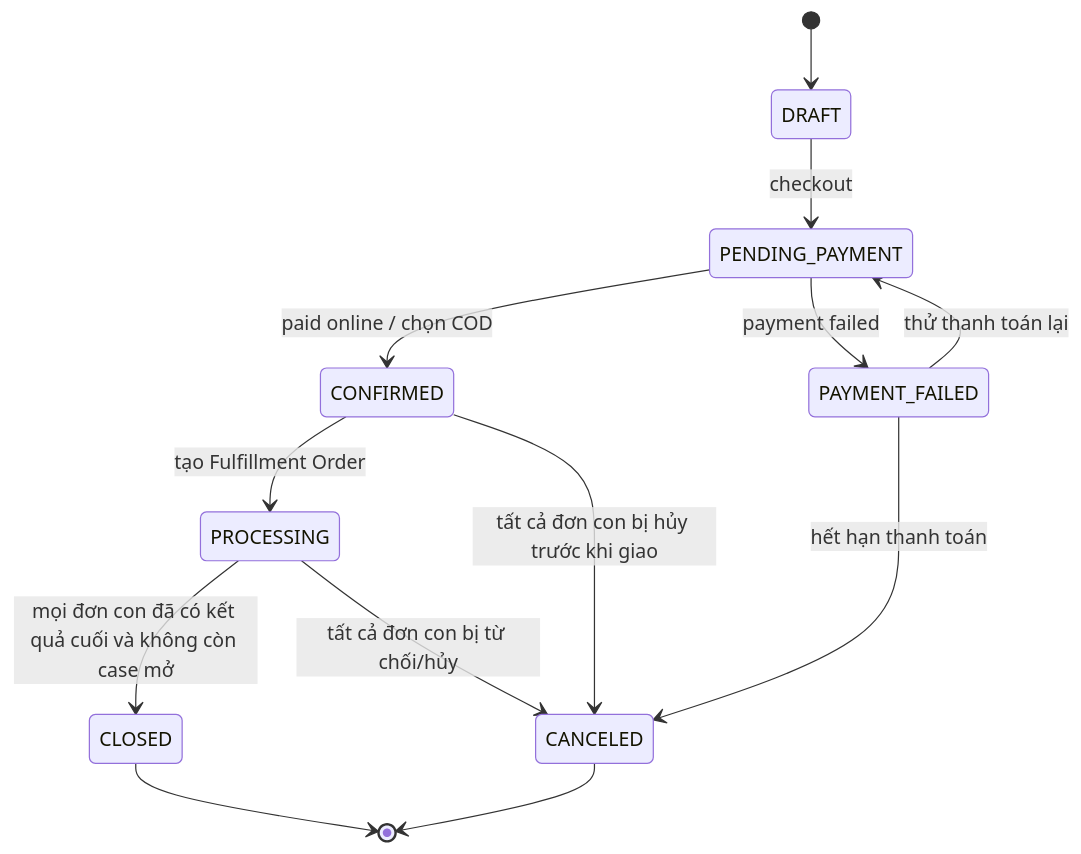
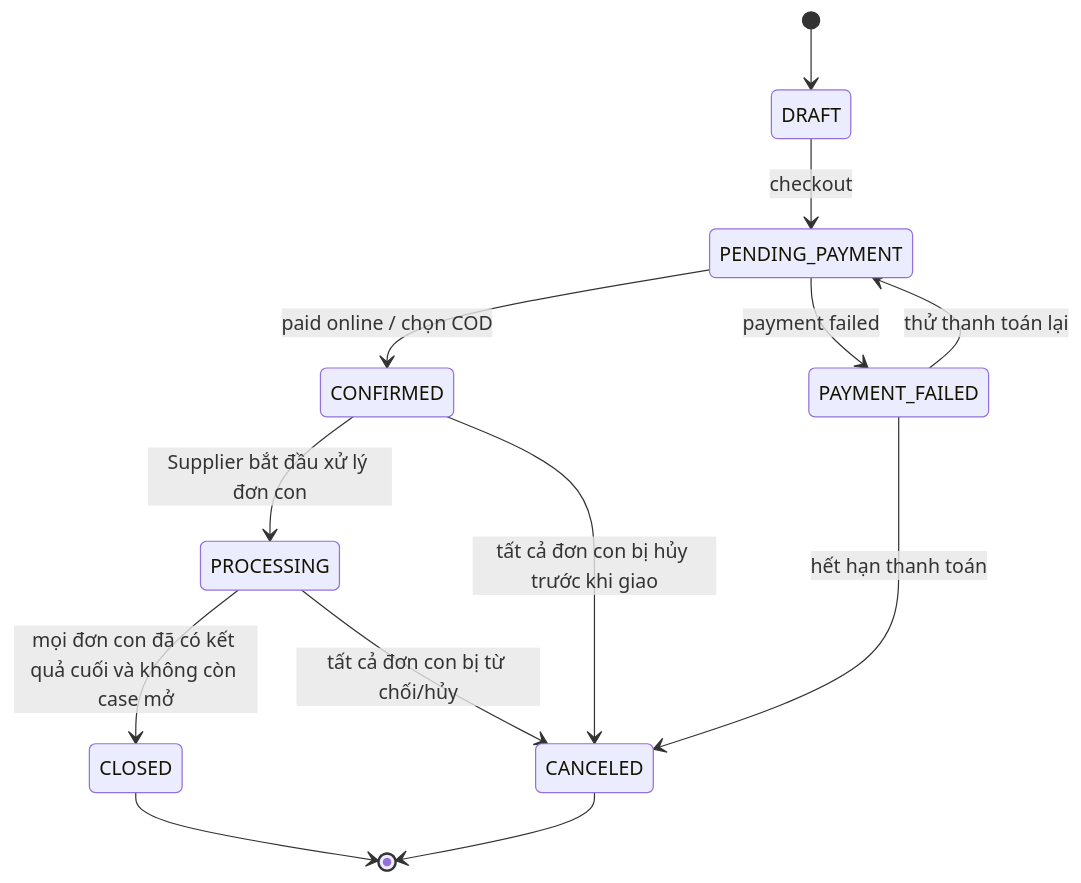
One commit to NguyenVoLyDo/Project-XD-and-PTPM changed the diagram in docs/mermaid/06-customer-order-state.mmd. Above: the diagram before and after it, drawn with Mermaid. The commit also changed 22 other files, not shown here.

```diff
--- a/docs/mermaid/06-customer-order-state.mmd
+++ b/docs/mermaid/06-customer-order-state.mmd
@@ -1,13 +1,13 @@
 stateDiagram-v2
   [*] --> DRAFT
   DRAFT --> PENDING_PAYMENT: checkout
   PENDING_PAYMENT --> CONFIRMED: paid online / chọn COD
   PENDING_PAYMENT --> PAYMENT_FAILED: payment failed
   PAYMENT_FAILED --> PENDING_PAYMENT: thử thanh toán lại
   PAYMENT_FAILED --> CANCELED: hết hạn thanh toán
-  CONFIRMED --> PROCESSING: tạo Fulfillment Order
+  CONFIRMED --> PROCESSING: Supplier bắt đầu xử lý đơn con
   CONFIRMED --> CANCELED: tất cả đơn con bị hủy trước khi giao
   PROCESSING --> CLOSED: mọi đơn con đã có kết quả cuối và không còn case mở
   PROCESSING --> CANCELED: tất cả đơn con bị từ chối/hủy
   CLOSED --> [*]
   CANCELED --> [*]
```
